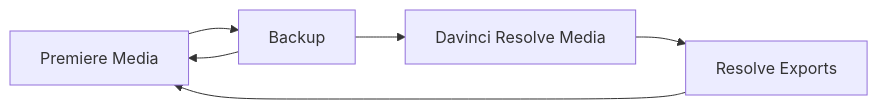
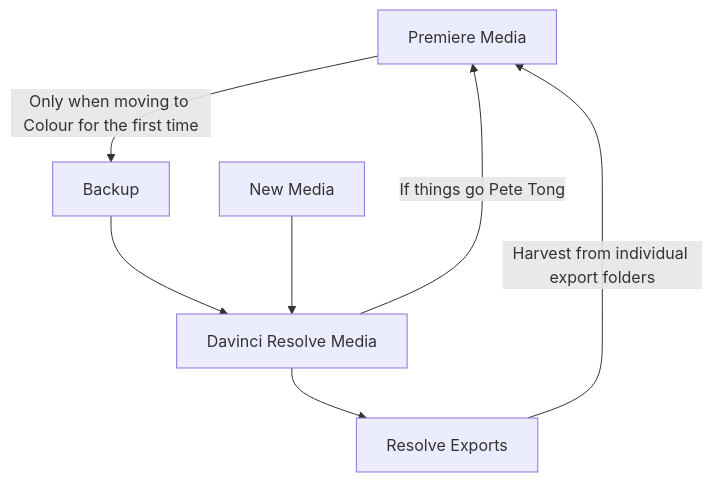
The diagram in colour-grading-flow.md (diamond-one/hybrid-AI-animated-shorts-pipeline), drawn with Mermaid before and after one commit.

Commit message:
added colour grading flow

````diff
--- a/colour-grading-flow.md
+++ b/colour-grading-flow.md
@@ -1,9 +1,11 @@
 ```mermaid
-flowchart LR
-    A[Premiere Media] --> B[Backup]
+flowchart TD
+    A[Premiere Media] --Only when moving to Colour for the first time--> B[Backup]
     B --> C[Davinci Resolve Media]
     C --> D[Resolve Exports]
-    D --> A
-    B --> A
+    D --Harvest from individual export folders--> A
+    C --"If things go Pete Tong"--> A
+
+    E[New Media] --> C
     
 ```
````
